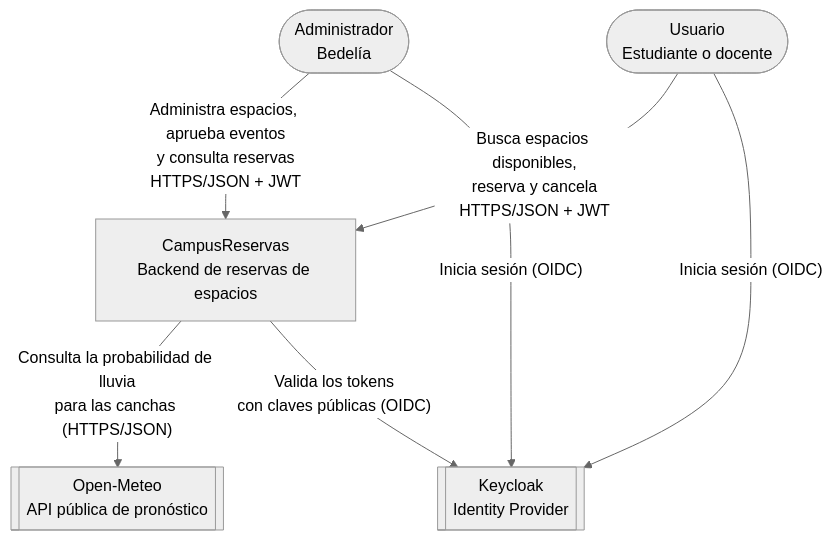
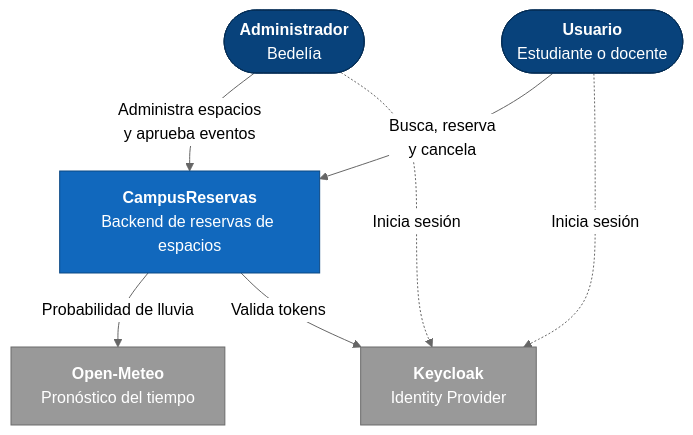
Before and after one commit to LucianoCipolla/TPI_BDA_UTNFRC: the second of 3 diagrams in README.md, drawn with Mermaid (neutral theme). The commit also changed other lines of this file, not shown here.

Commit message:
actualizar docs

````diff
--- a/README.md
+++ b/README.md
@@ -104,15 +104,22 @@
 ```mermaid
 flowchart TB
-    ADM([Administrador<br/>Bedelía])
-    USR([Usuario<br/>Estudiante o docente])
-    CR[CampusReservas<br/>Backend de reservas de espacios]
-    OM[[Open-Meteo<br/>API pública de pronóstico]]
-    KC[[Keycloak<br/>Identity Provider]]
+    ADM(["<b>Administrador</b><br/>Bedelía"])
+    USR(["<b>Usuario</b><br/>Estudiante o docente"])
+    CR["<b>CampusReservas</b><br/>Backend de reservas de espacios"]
+    OM["<b>Open-Meteo</b><br/>Pronóstico del tiempo"]
+    KC["<b>Keycloak</b><br/>Identity Provider"]
 
-    ADM -- "Administra espacios, aprueba eventos<br/>y consulta reservas<br/>HTTPS/JSON + JWT" --> CR
-    USR -- "Busca espacios disponibles,<br/>reserva y cancela<br/>HTTPS/JSON + JWT" --> CR
-    ADM -- "Inicia sesión (OIDC)" --> KC
-    USR -- "Inicia sesión (OIDC)" --> KC
-    CR -- "Consulta la probabilidad de lluvia<br/>para las canchas (HTTPS/JSON)" --> OM
-    CR -- "Valida los tokens<br/>con claves públicas (OIDC)" --> KC
+    ADM -- "Administra espacios<br/>y aprueba eventos" --> CR
+    USR -- "Busca, reserva<br/>y cancela" --> CR
+    ADM -. "Inicia sesión" .-> KC
+    USR -. "Inicia sesión" .-> KC
+    CR -- "Probabilidad de lluvia" --> OM
+    CR -- "Valida tokens" --> KC
+
+    classDef persona fill:#08427B,stroke:#052E56,color:#fff
+    classDef sistema fill:#1168BD,stroke:#0B4884,color:#fff
+    classDef externo fill:#999999,stroke:#6B6B6B,color:#fff
+    class ADM,USR persona
+    class CR sistema
+    class OM,KC externo
 ```
````
